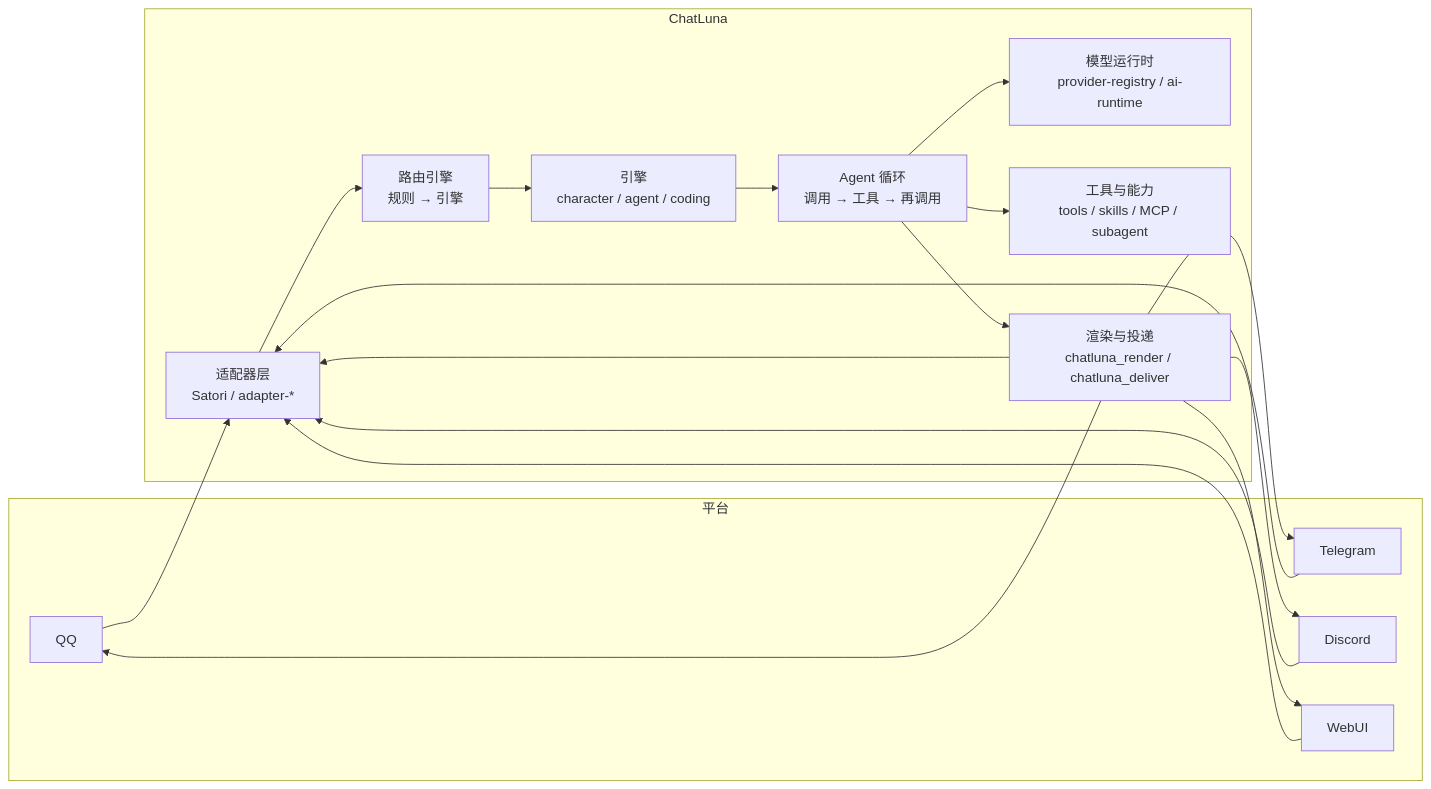
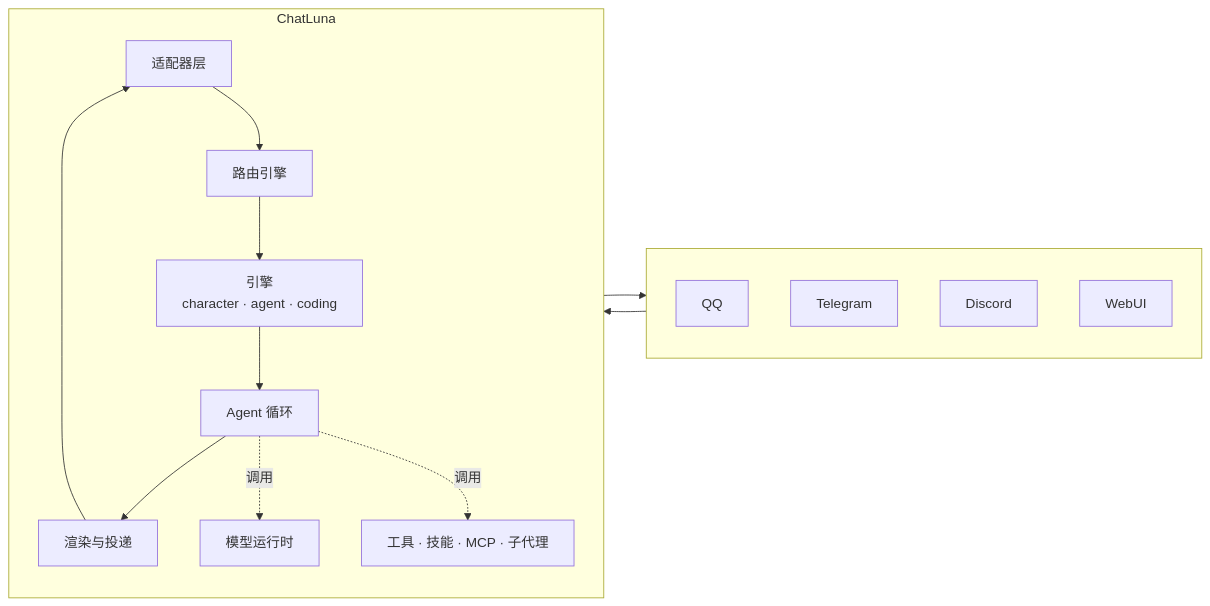
The diagram in docs/manual/introduction.md (ChatLunaLab/doc), drawn with Mermaid before and after one commit. The commit also changed other lines of this file, not shown here.

Commit message:
docs(manual): replace venn with block diagram, simplify architecture flowchart

````diff
--- a/docs/manual/introduction.md
+++ b/docs/manual/introduction.md
@@ -55,25 +55,26 @@
 ```mermaid
 flowchart LR
-    subgraph 平台
+    subgraph P[" "]
+        direction TB
         QQ[QQ]
         TG[Telegram]
         DC[Discord]
         WEB[WebUI]
     end
 
-    subgraph ChatLuna
-        A[适配器层<br/>Satori / adapter-*] --> R[路由引擎<br/>规则 → 引擎]
-        R --> E[引擎<br/>character / agent / coding]
-        E --> L[Agent 循环<br/>调用 → 工具 → 再调用]
-        L --> M[模型运行时<br/>provider-registry / ai-runtime]
-        L --> T[工具与能力<br/>tools / skills / MCP / subagent]
-        L --> D[渲染与投递<br/>chatluna_render / chatluna_deliver]
+    subgraph ChatLuna["ChatLuna"]
+        direction TB
+        A["适配器层"] --> R["路由引擎"]
+        R --> E["引擎<br/>character · agent · coding"]
+        E --> L["Agent 循环"]
+        L --> D["渲染与投递"]
+        M["模型运行时"]
+        T["工具 · 技能 · MCP · 子代理"]
+        L -.调用.-> M
+        L -.调用.-> T
         D --> A
     end
 
-    QQ --> A
-    TG --> A
-    DC --> A
-    WEB --> A
-    D --> QQ & TG & DC & WEB
+    P --> A
+    D --> P
 ```
````
